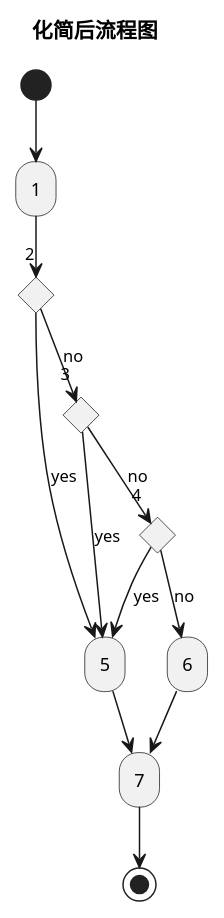
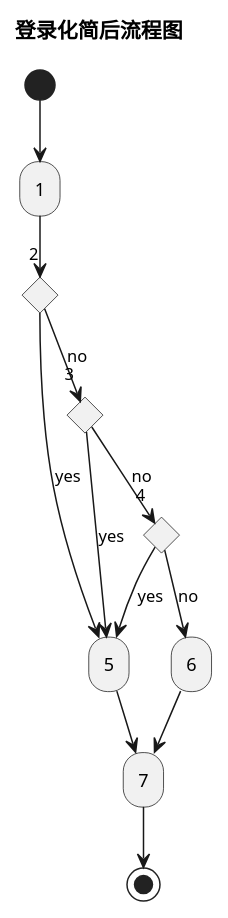
One commit to 658146603/ostp-web changed the third of 3 diagrams in uml/A.plantuml. Above: the diagram before and after it, drawn with PlantUML. The commit also changed other lines of this file and 2 other files, not shown here.

Commit message:
update uml

```diff
--- a/uml/A.plantuml
+++ b/uml/A.plantuml
@@ -20,20 +40,20 @@
 @startuml
-title 化简后流程图
+title 登录化简后流程图
 (*) --> "1"
 if "2" then
 -->[yes] "5"
 --> "7"
 else
 -->[no] if "3" then
         -->[yes] "5"
         else
         -->[no] if "4" then
                 -->[yes] "5"
                 else
                 --> [no] "6"
                 --> "7"
                 --> (*)
                 endif
         endif
 endif
 @enduml
```
